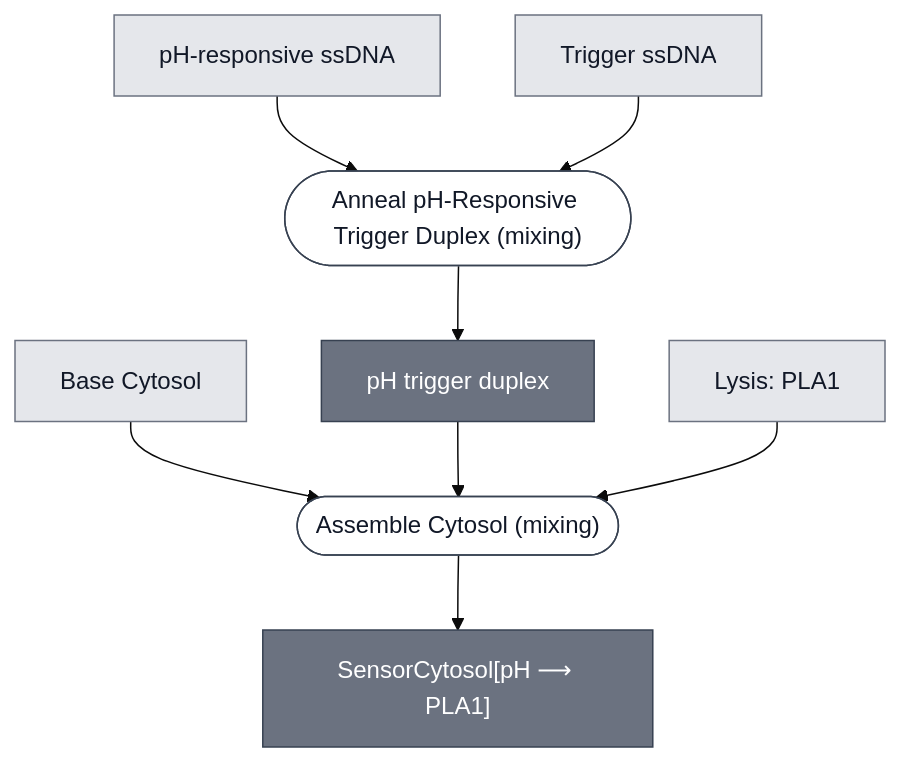
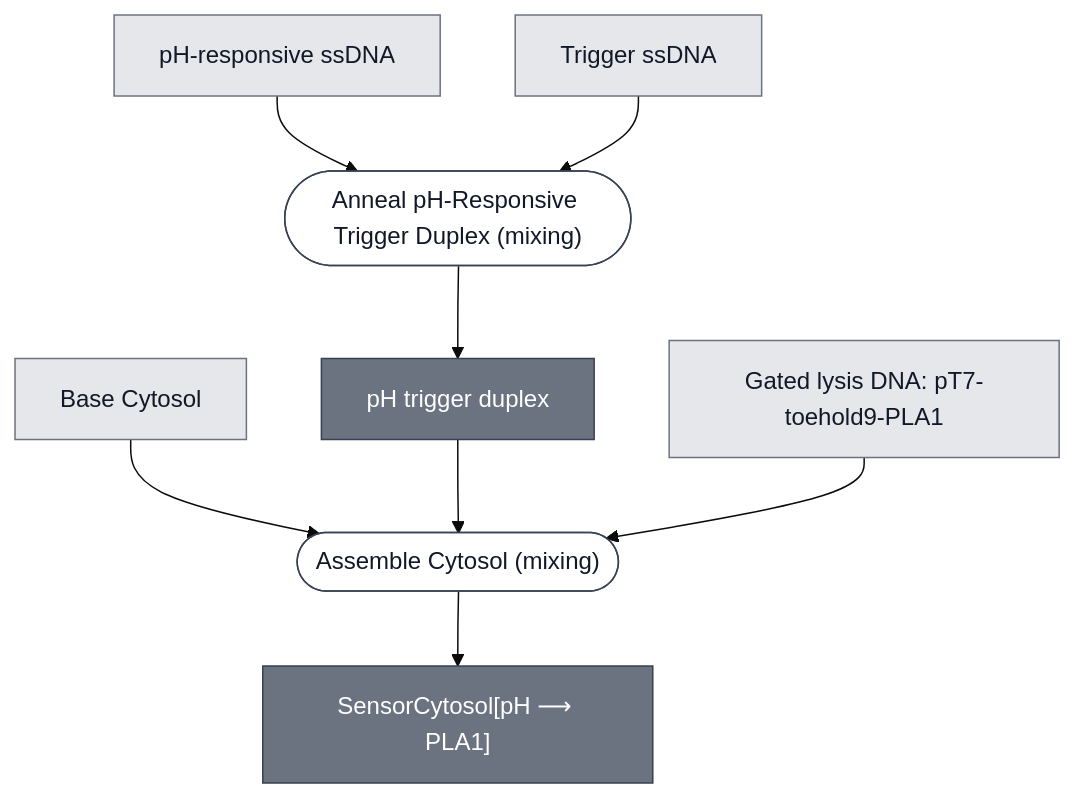
Before and after one commit to nucleus-eng/nucleus-docs: the diagram in docs/modules/ph-sensor-cytosol/spec.md, drawn with Mermaid (base theme). The commit also changed other lines of this file and 22 other files, not shown here.

````diff
--- a/docs/modules/ph-sensor-cytosol/spec.md
+++ b/docs/modules/ph-sensor-cytosol/spec.md
@@ -31,36 +31,35 @@
 ```mermaid
 flowchart TD
     BASE_CYTOSOL["Base Cytosol"]
     PH_RESPONSIVE_SSDNA["pH-responsive ssDNA"]
     TRIGGER_SSDNA["Trigger ssDNA"]
-    EFFECTOR_PLA1["Lysis: PLA1"]
+    EFFECTOR_PLA1_TOEHOLD["Gated lysis DNA: pT7-toehold9-PLA1"]
 
     P1_ANNEAL_TRIGGER_DUPLEX_0(["Anneal pH-Responsive Trigger Duplex (mixing)"])
     PH_TRIGGER_DUPLEX["pH trigger duplex"]
     P2_ASSEMBLE_CYTOSOL_0(["Assemble Cytosol (mixing)"])
     PH_SENSOR_CYTOSOL["SensorCytosol[pH ⟶ PLA1]"]
 
     PH_RESPONSIVE_SSDNA --> P1_ANNEAL_TRIGGER_DUPLEX_0
     TRIGGER_SSDNA --> P1_ANNEAL_TRIGGER_DUPLEX_0
     P1_ANNEAL_TRIGGER_DUPLEX_0 --> PH_TRIGGER_DUPLEX
 
     BASE_CYTOSOL --> P2_ASSEMBLE_CYTOSOL_0
     PH_TRIGGER_DUPLEX --> P2_ASSEMBLE_CYTOSOL_0
-    EFFECTOR_PLA1 --> P2_ASSEMBLE_CYTOSOL_0
+    EFFECTOR_PLA1_TOEHOLD --> P2_ASSEMBLE_CYTOSOL_0
     P2_ASSEMBLE_CYTOSOL_0 --> PH_SENSOR_CYTOSOL
 
 
     classDef leaf     fill:#e5e7eb,stroke:#6b7280,color:#111827;
     classDef composed fill:#6b7280,stroke:#374151,color:#ffffff;
     classDef process  fill:#ffffff,stroke:#374151,color:#111827;
-    class BASE_CYTOSOL,PH_RESPONSIVE_SSDNA,TRIGGER_SSDNA,EFFECTOR_PLA1 leaf;
+    class BASE_CYTOSOL,PH_RESPONSIVE_SSDNA,TRIGGER_SSDNA,EFFECTOR_PLA1_TOEHOLD leaf;
     class PH_TRIGGER_DUPLEX,PH_SENSOR_CYTOSOL composed;
     class P1_ANNEAL_TRIGGER_DUPLEX_0,P2_ASSEMBLE_CYTOSOL_0 process;
 
     click BASE_CYTOSOL "/docs/modules/base-cytosol/spec"
-    click EFFECTOR_PLA1 "/docs/modules/effector-pla1/spec"
     click P1_ANNEAL_TRIGGER_DUPLEX_0 "/docs/processes/anneal-ph-trigger-duplex/main"
     click PH_TRIGGER_DUPLEX "/docs/modules/detector-ph/spec"
     click P2_ASSEMBLE_CYTOSOL_0 "/docs/processes/assemble-cytosol/assemble-cytosol-main"
     click PH_SENSOR_CYTOSOL "/docs/modules/ph-sensor-cytosol/spec"
 ```
````
